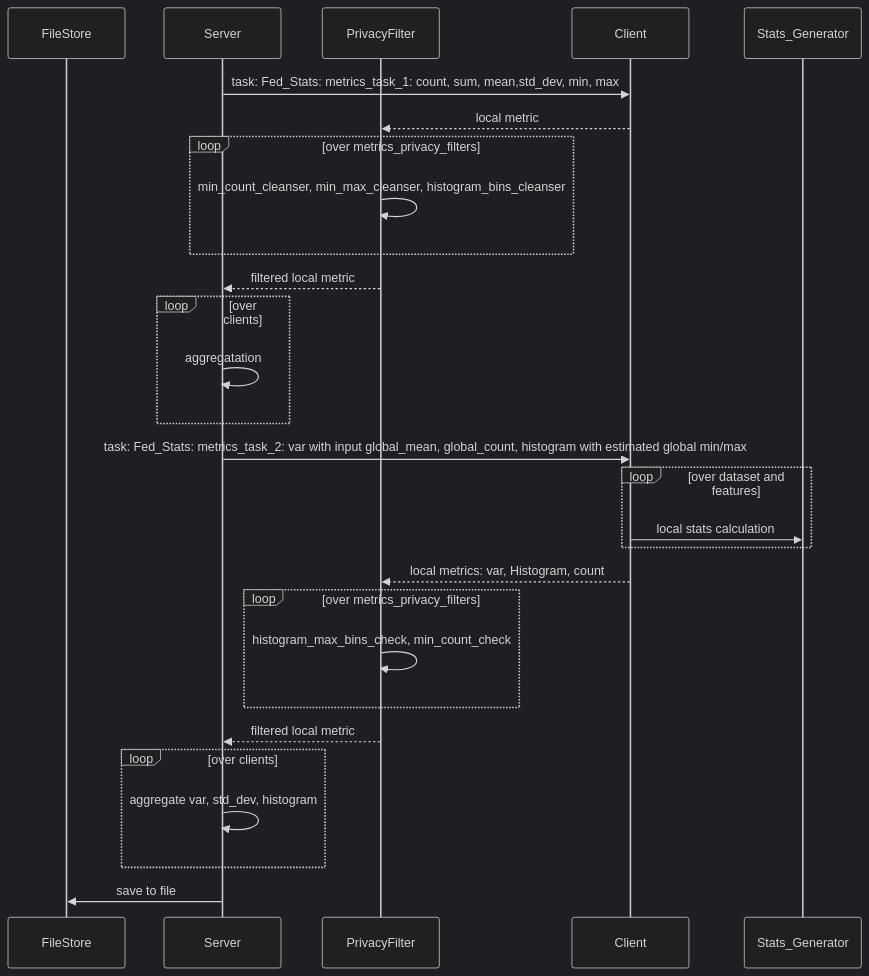
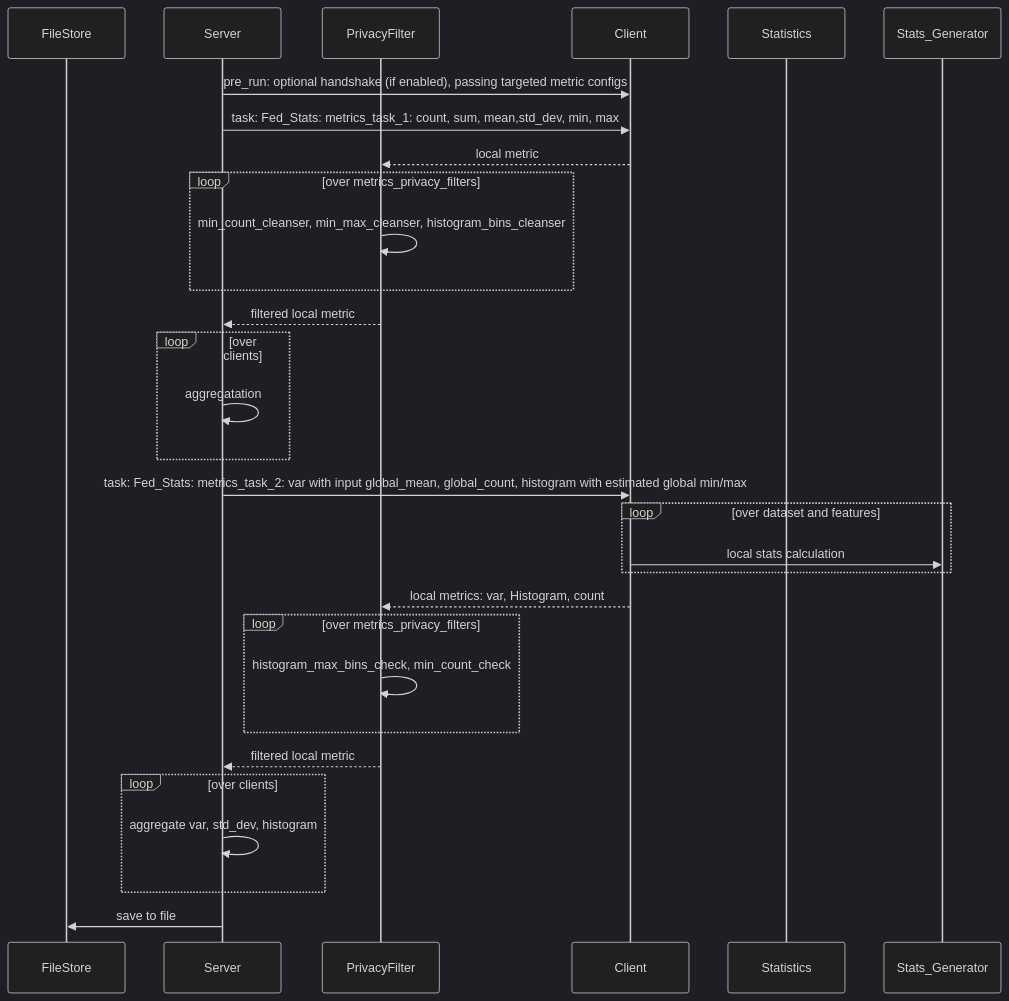
Before and after one commit to NVIDIA/NVFlare: the diagram in examples/federated_statistics/README.md, drawn with Mermaid (dark theme). The commit also changed 13 other files, not shown here.

Commit message:
Add pre_run task

````diff
--- a/examples/federated_statistics/README.md
+++ b/examples/federated_statistics/README.md
@@ -28,31 +28,32 @@
 ```mermaid
  
 sequenceDiagram
     participant FileStore
     participant Server
     participant PrivacyFilter
     participant Client
-    participant Stats_Generator
+    participant Statistics
+    Server->>Client: pre_run: optional handshake (if enabled), passing targeted metric configs
     Server->>Client: task: Fed_Stats: metrics_task_1: count, sum, mean,std_dev, min, max 
     Client-->>PrivacyFilter: local metric
      loop over metrics_privacy_filters
         PrivacyFilter->>PrivacyFilter: min_count_cleanser, min_max_cleanser, histogram_bins_cleanser
     end
     PrivacyFilter-->>Server: filtered local metric
     loop over clients
         Server->>Server: aggregatation
     end
     Server->>Client:  task: Fed_Stats: metrics_task_2: var with input global_mean, global_count, histogram with estimated global min/max
     loop over dataset and features
        Client->>Stats_Generator: local stats calculation
     end
     Client-->>PrivacyFilter: local metrics: var, Histogram, count
     loop over metrics_privacy_filters
         PrivacyFilter->>PrivacyFilter: histogram_max_bins_check, min_count_check
     end
     PrivacyFilter-->>Server: filtered local metric    
     loop over clients
         Server->>Server: aggregate var, std_dev, histogram
     end
     Server->>FileStore: save to file
 ```
````
